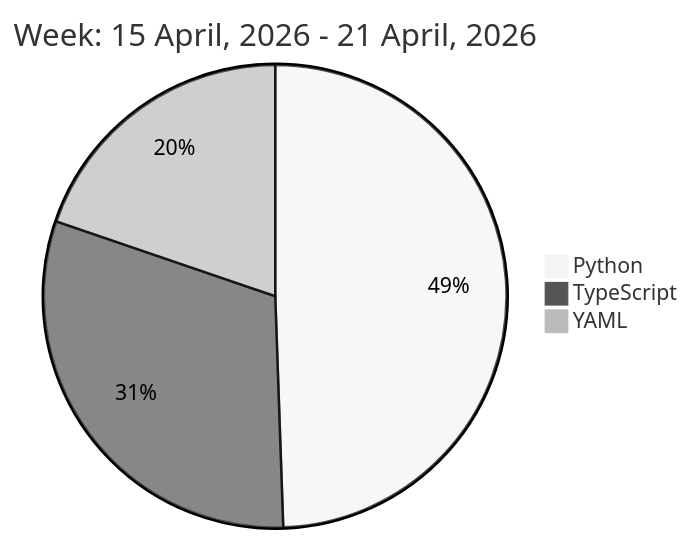
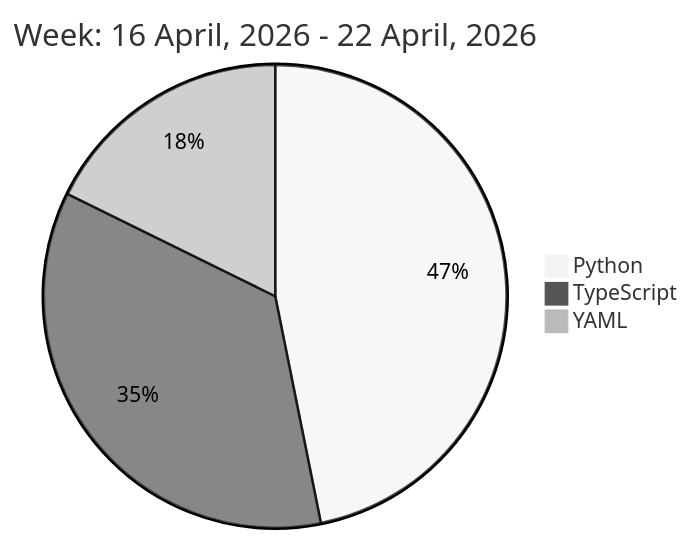
Before and after one commit to liubin95/liubin95: the diagram in README.md, drawn with Mermaid (neutral theme).

Commit message:
Updated the Graph with new Metrics

````diff
--- a/README.md
+++ b/README.md
@@ -32,7 +32,7 @@
 ```mermaid
  pie
-title Week: 15 April, 2026 - 21 April, 2026
- "Python" : 5.83
- "TypeScript" : 3.63
- "YAML" : 2.33
+title Week: 16 April, 2026 - 22 April, 2026
+ "Python" : 5.55
+ "TypeScript" : 4.2
+ "YAML" : 2.1
 ```
````
